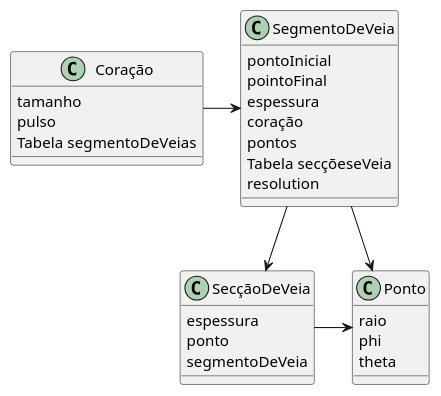
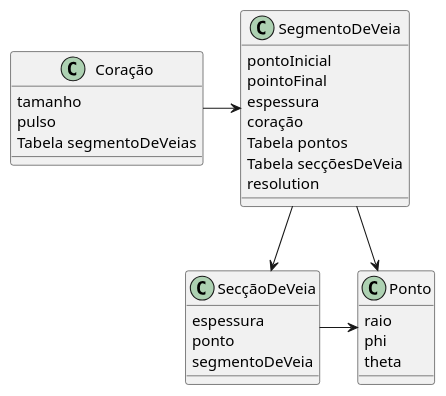
One commit to caetanope/angio3d changed the diagram in diagramaDeClasses.puml. Above: the diagram before and after it, drawn with PlantUML. The commit also changed 4 other files, not shown here.

Commit message:
diagrams

```diff
--- a/diagramaDeClasses.puml
+++ b/diagramaDeClasses.puml
@@ -1,36 +1,36 @@
 @startuml "diagramaDeClasses"
 
 class Coração{
     tamanho
     pulso
     Tabela segmentoDeVeias 
 }
 
 class Ponto{
     raio
     phi
     theta
 }
 
 class SegmentoDeVeia{
     pontoInicial
     pointoFinal
     espessura
     coração
-    pontos
-    Tabela secçõeseVeia
+    Tabela pontos
+    Tabela secçõesDeVeia
     resolution
 }
 
 class SecçãoDeVeia{
     espessura
     ponto
     segmentoDeVeia
 }
 
 Coração -right-> SegmentoDeVeia
 SegmentoDeVeia -down-> Ponto
 SegmentoDeVeia -down-> SecçãoDeVeia
 SecçãoDeVeia -right-> Ponto
 
 @enduml
```
